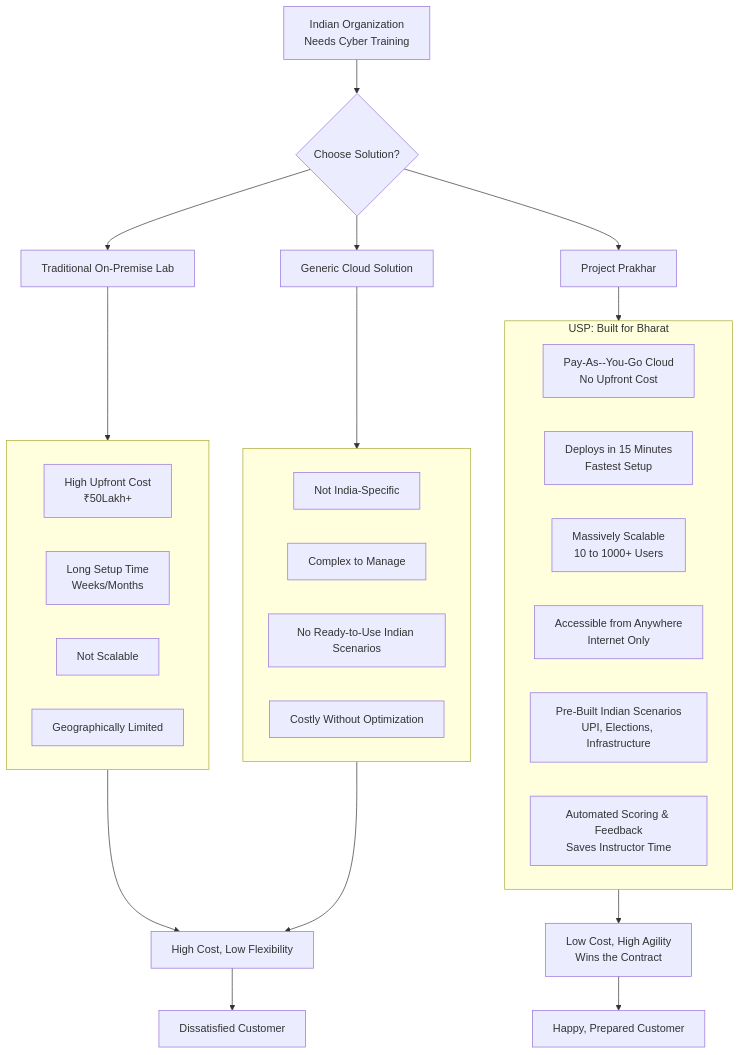
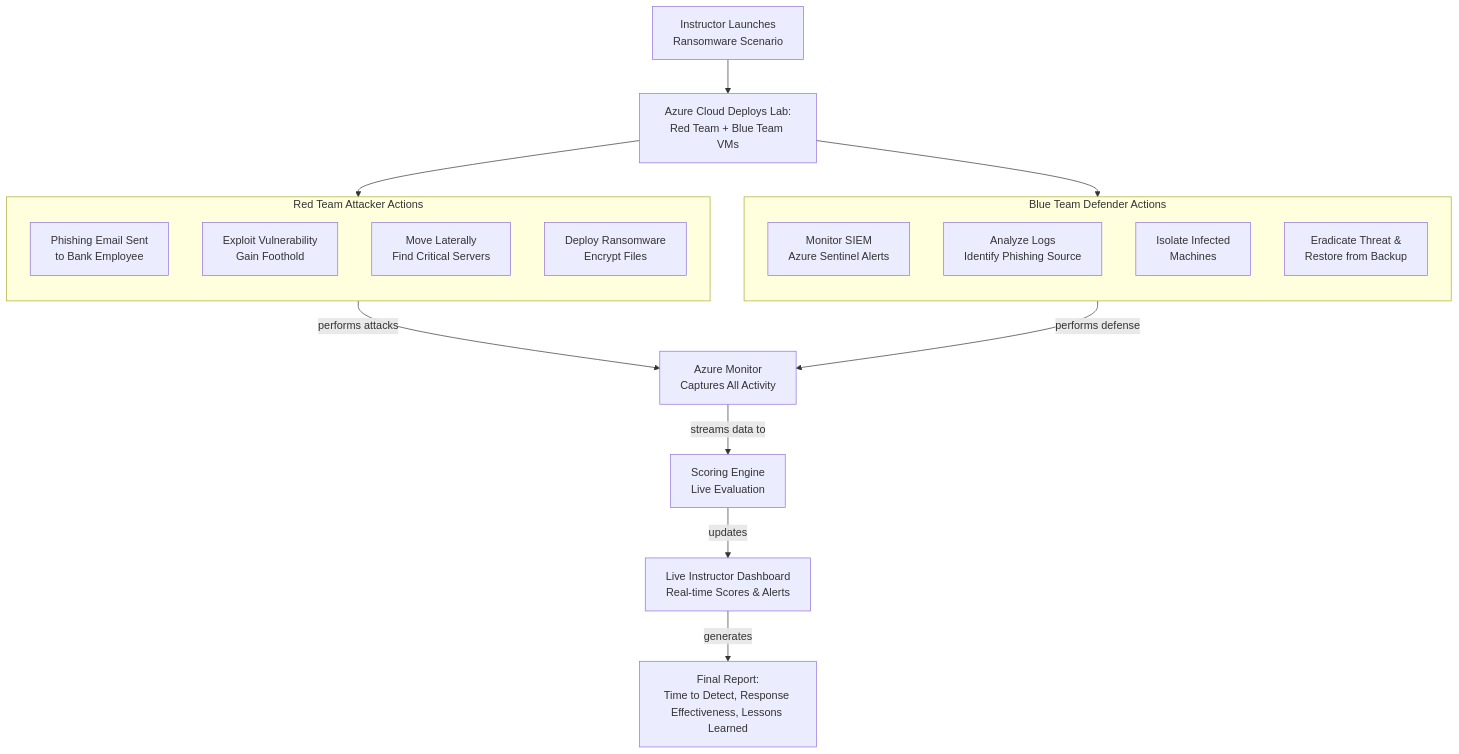
The diagram in Workflow.mmd (chouhanprashant/Cyber---Range), drawn with Mermaid before and after one commit.

```diff
--- a/Workflow.mmd
+++ b/Workflow.mmd
@@ -1,43 +1,30 @@
 flowchart TD
-    A[Indian Organization<br>Needs Cyber Training] --> B{Choose Solution?}
+A[Instructor Launches<br>Ransomware Scenario] --> B[Azure Cloud Deploys Lab:<br>Red Team + Blue Team VMs]
     
-    B --> C[Traditional On-Premise Lab]
-    B --> D[Generic Cloud Solution]
-    B --> E[Project Prakhar]
+subgraph RedTeam [Red Team Attacker Actions]
+    direction TB
+    R1[Phishing Email Sent<br>to Bank Employee]
+    R2[Exploit Vulnerability<br>Gain Foothold]
+    R3[Move Laterally<br>Find Critical Servers]
+    R4[Deploy Ransomware<br>Encrypt Files]
+end
 
-    subgraph C_Disadvantages [ ]
-        C1[High Upfront Cost<br>₹50Lakh+]
-        C2[Long Setup Time<br>Weeks/Months]
-        C3[Not Scalable]
-        C4[Geographically Limited]
-    end
+B --> RedTeam
+
+subgraph BlueTeam [Blue Team Defender Actions]
+    direction TB
+    B1[Monitor SIEM<br>Azure Sentinel Alerts]
+    B2[Analyze Logs<br>Identify Phishing Source]
+    B3[Isolate Infected<br>Machines]
+    B4[Eradicate Threat &<br>Restore from Backup]
+end
+
+B --> BlueTeam
+
+RedTeam -- performs attacks --> C[Azure Monitor<br>Captures All Activity]
+BlueTeam -- performs defense --> C
+
+C -- streams data to --> D[Scoring Engine<br>Live Evaluation]
+D -- updates --> E[Live Instructor Dashboard<br>Real-time Scores & Alerts]
     
-    C --> C_Disadvantages
-
-    subgraph D_Disadvantages [ ]
-        D1[Not India-Specific]
-        D2[Complex to Manage]
-        D3[No Ready-to-Use Indian Scenarios]
-        D4[Costly Without Optimization]
-    end
-    
-    D --> D_Disadvantages
-
-    subgraph E_Advantages [USP: Built for Bharat]
-        E1[Pay-As--You-Go Cloud<br>No Upfront Cost]
-        E2[Deploys in 15 Minutes<br>Fastest Setup]
-        E3[Massively Scalable<br>10 to 1000+ Users]
-        E4[Accessible from Anywhere<br>Internet Only]
-        E5[Pre-Built Indian Scenarios<br>UPI, Elections, Infrastructure]
-        E6[Automated Scoring & Feedback<br>Saves Instructor Time]
-    end
-
-    E --> E_Advantages
-
-    C_Disadvantages --> F[High Cost, Low Flexibility]
-    D_Disadvantages --> F
-    
-    E_Advantages --> G[Low Cost, High Agility<br>Wins the Contract]
-
-    F --> H[Dissatisfied Customer]
-    G --> I[Happy, Prepared Customer]
+E -- generates --> F[Final Report:<br>Time to Detect, Response Effectiveness, Lessons Learned]
```
